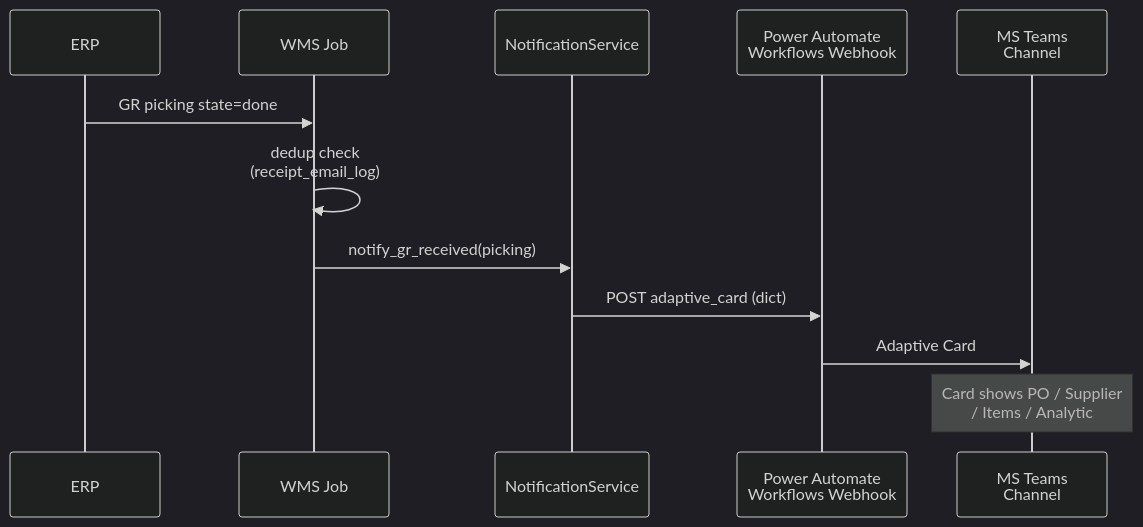
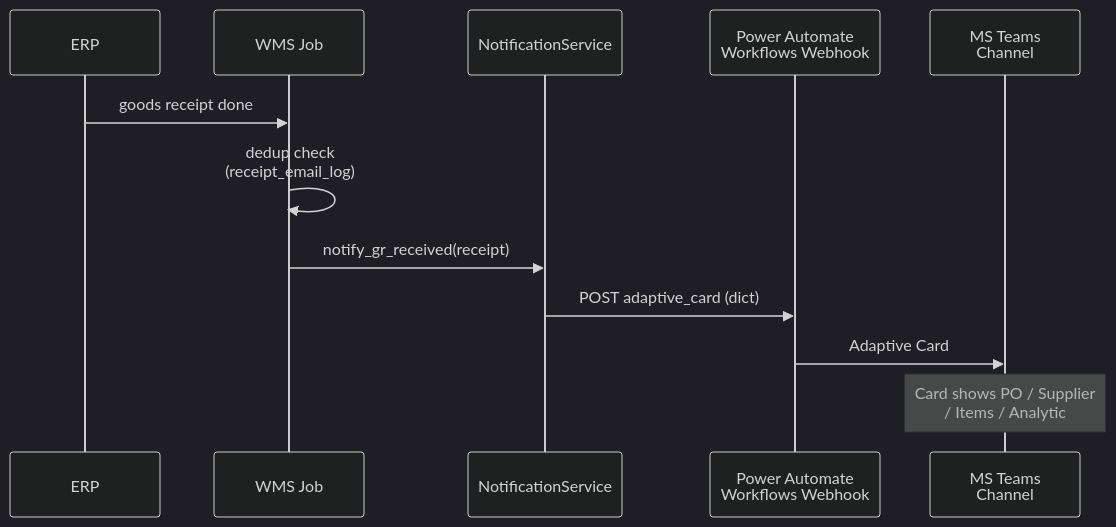
The first of 2 diagrams in _posts/2026-06-14-teams-adaptive-card-webhook.md (Weradech/eng-hub), drawn with Mermaid (dark theme) before and after one commit. The commit also changed other lines of this file and 6 other files, not shown here.

````diff
--- a/_posts/2026-06-14-teams-adaptive-card-webhook.md
+++ b/_posts/2026-06-14-teams-adaptive-card-webhook.md
@@ -18,15 +18,15 @@
 ```mermaid
 sequenceDiagram
-    participant ERP as ERP
+    participant ERP
     participant Job as WMS Job #20<br/>(30-min poll)
     participant Notifier as NotificationService
     participant PA as Power Automate<br/>Workflows Webhook
     participant Teams as MS Teams<br/>Channel
 
-    ERP->>Job: GR picking state=done
+    ERP->>Job: goods receipt done
     Job->>Job: dedup check<br/>(receipt_email_log)
-    Job->>Notifier: notify_gr_received(picking)
+    Job->>Notifier: notify_gr_received(receipt)
     Notifier->>PA: POST adaptive_card (dict)
     PA->>Teams: Adaptive Card
     Note over Teams: Card shows PO / Supplier<br/>/ Items / Analytic
 ```
````
